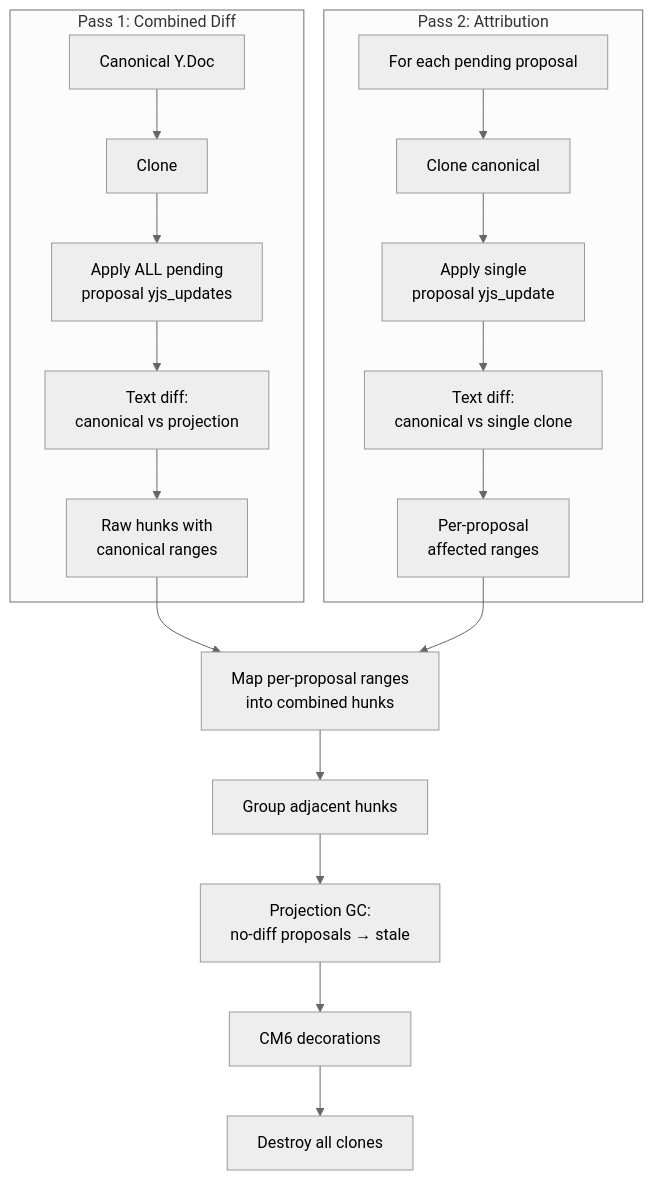
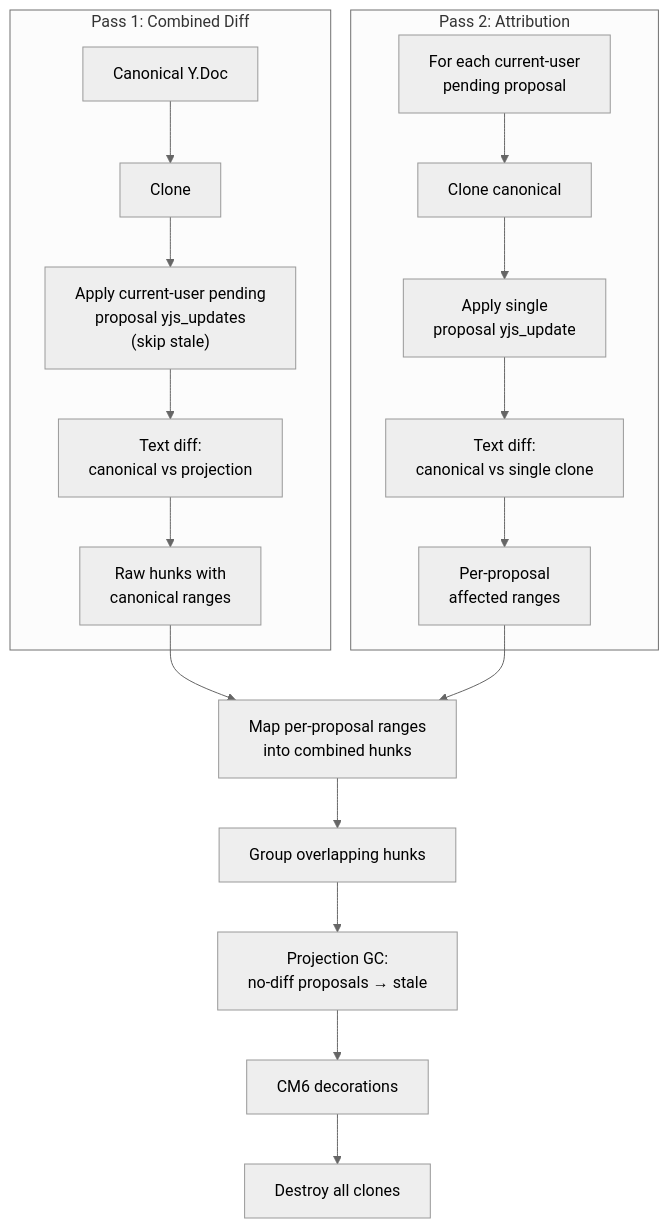
The first of 2 diagrams in .meridian/work/collab-data-model-v2/spec/frontend-diff-model.md (haowjy/meridian-flow), drawn with Mermaid (neutral theme) before and after one commit. The commit also changed other lines of this file and 5 other files, not shown here.

````diff
--- a/.meridian/work/collab-data-model-v2/spec/frontend-diff-model.md
+++ b/.meridian/work/collab-data-model-v2/spec/frontend-diff-model.md
@@ -17,21 +17,21 @@
 ```mermaid
 flowchart TB
     subgraph pass1 ["Pass 1: Combined Diff"]
         A["Canonical Y.Doc"] --> B["Clone"]
-        B --> C["Apply ALL pending<br/>proposal yjs_updates"]
+        B --> C["Apply current-user pending<br/>proposal yjs_updates<br/>(skip stale)"]
         C --> D["Text diff:<br/>canonical vs projection"]
         D --> E["Raw hunks with<br/>canonical ranges"]
     end
     subgraph pass2 ["Pass 2: Attribution"]
-        F["For each pending proposal"] --> G["Clone canonical"]
+        F["For each current-user<br/>pending proposal"] --> G["Clone canonical"]
         G --> H["Apply single<br/>proposal yjs_update"]
         H --> I["Text diff:<br/>canonical vs single clone"]
         I --> J["Per-proposal<br/>affected ranges"]
     end
     E --> K["Map per-proposal ranges<br/>into combined hunks"]
     J --> K
-    K --> L["Group adjacent hunks"]
+    K --> L["Group overlapping hunks"]
     L --> M["Projection GC:<br/>no-diff proposals → stale"]
     M --> N["CM6 decorations"]
     N --> O["Destroy all clones"]
 ```
````
